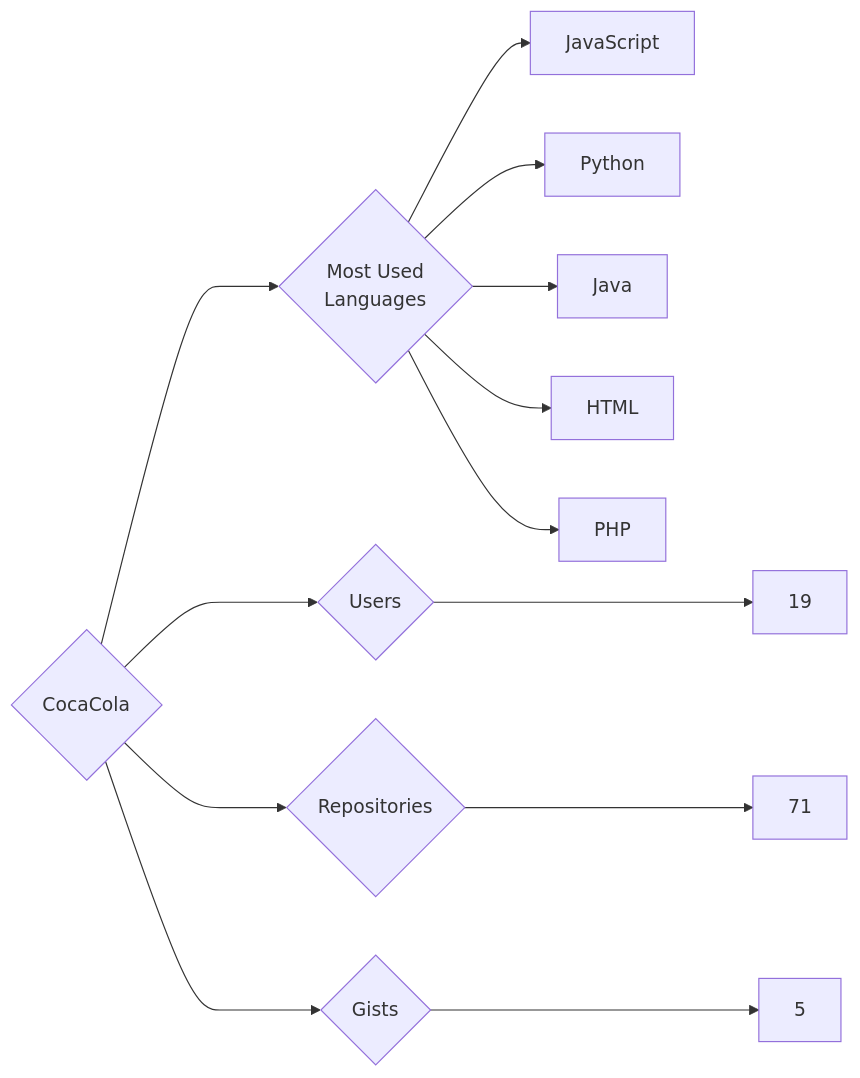
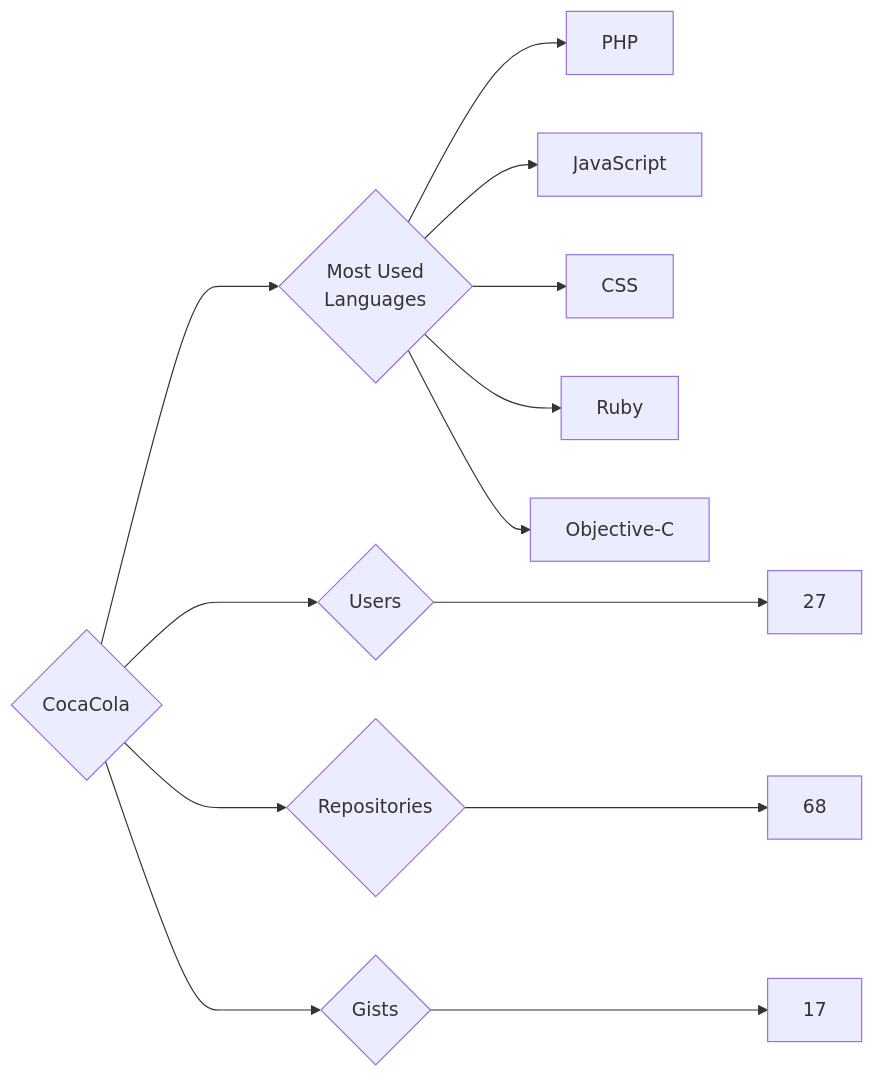
The diagram in targets/CocaCola/README.md (trickest/insiders), drawn with Mermaid before and after one commit. The commit also changed 1084 other files, not shown here.

````diff
--- a/targets/CocaCola/README.md
+++ b/targets/CocaCola/README.md
@@ -3,13 +3,13 @@
 ```mermaid
 graph LR
 COMPANY_NAME{CocaCola}
-COMPANY_NAME ---> U{Users} ---> UN[19]
-COMPANY_NAME ---> R{Repositories} ---> RN[71]
-COMPANY_NAME ---> G{Gists} ---> GN[5]
+COMPANY_NAME ---> U{Users} ---> UN[27]
+COMPANY_NAME ---> R{Repositories} ---> RN[68]
+COMPANY_NAME ---> G{Gists} ---> GN[17]
 COMPANY_NAME ---> ML{Most Used<br>Languages}
+ML --> PHP[PHP]
 ML --> JavaScript[JavaScript]
-ML --> Python[Python]
-ML --> Java[Java]
-ML --> HTML[HTML]
-ML --> PHP[PHP]
+ML --> CSS[CSS]
+ML --> Ruby[Ruby]
+ML --> Objective-C[Objective-C]
 ```
````
